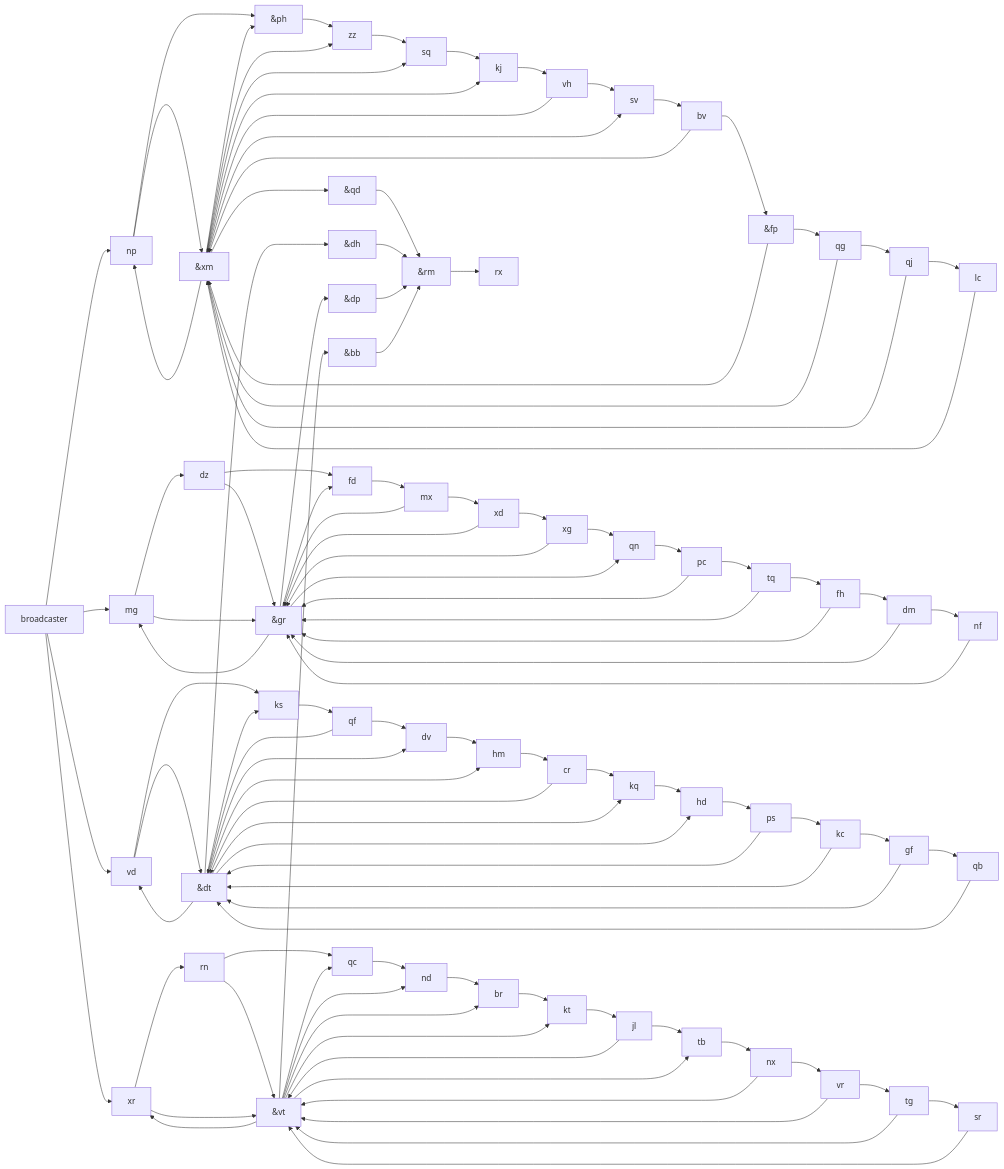
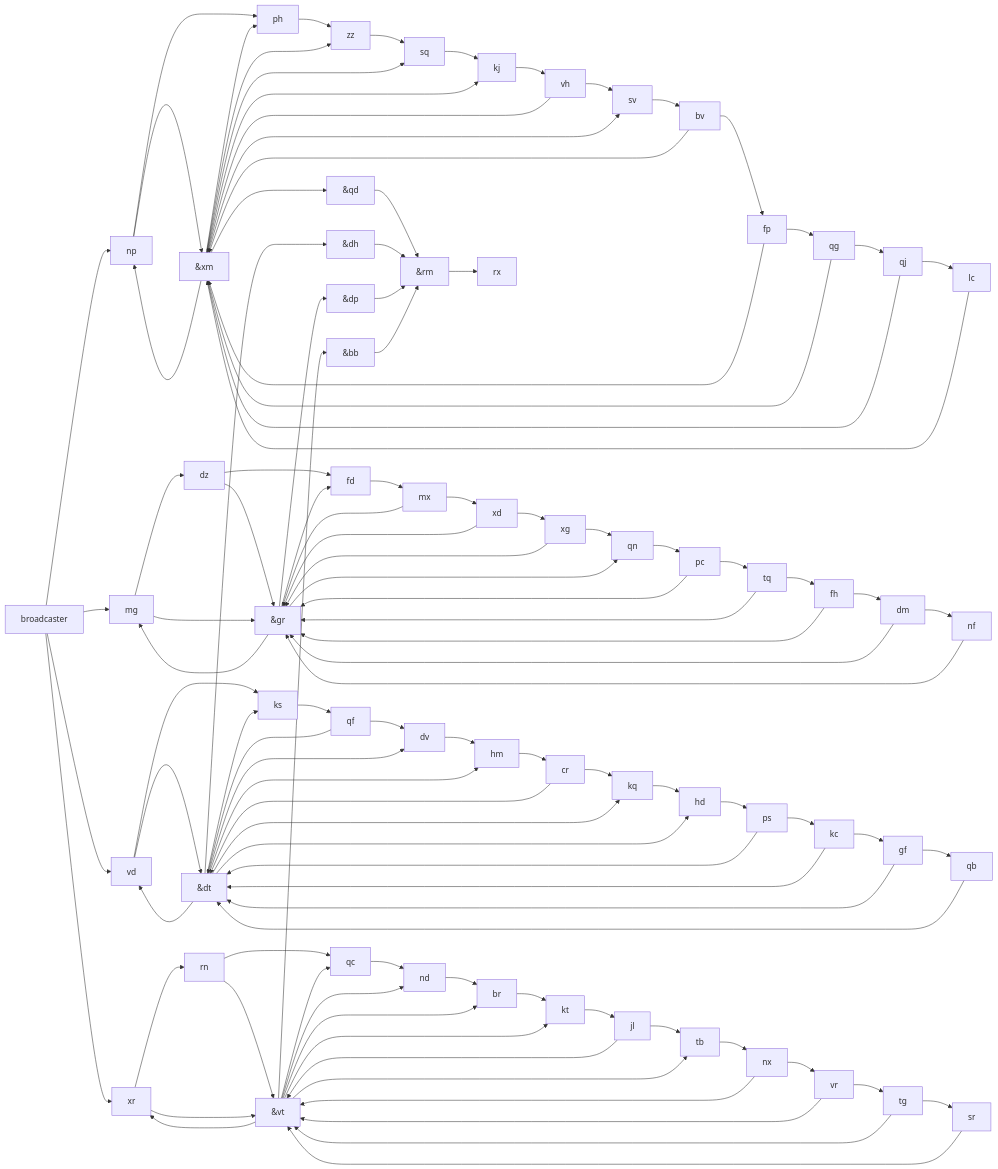
One commit to RabbitSeries/AdventofCode changed the diagram in 2023Java/Day20/mermaid.md. Above: the diagram before and after it, drawn with Mermaid. The commit also changed other lines of this file and 2 other files, not shown here.

````diff
--- a/2023Java/Day20/mermaid.md
+++ b/2023Java/Day20/mermaid.md
@@ -3,63 +3,63 @@
 ```mermaid
 flowchart LR
 broadcaster --> np & mg & vd & xr
 zz --> sq
 nd --> br
 sq --> kj
 br --> kt
 ks --> qf
 tb --> nx
 dv --> hm
 kj --> vh
 kq --> hd
 hd --> ps
 qn --> pc
 kt --> jl
 fd --> mx
 hm --> cr
 qc --> nd
 sv --> bv
-&ph --> zz
+ph --> zz
 lc --> &xm
 nf --> &gr
 qb --> &dt
 sr --> &vt
-np --> &xm & &ph
+np --> &xm & ph
 jl --> &vt & tb
 ps --> kc & &dt
 fh --> dm & &gr
-bv --> &fp & &xm
-&fp --> qg & &xm
+bv --> fp & &xm
+fp --> qg & &xm
 rn --> &vt & qc
 nx --> vr & &vt
 dm --> nf & &gr
 xr --> &vt & rn
 vr --> tg & &vt
 tq --> &gr & fh
 cr --> kq & &dt
 vd --> &dt & ks
 dz --> &gr & fd
 qj --> lc & &xm
 kc --> &dt & gf
 gf --> &dt & qb
 vh --> &xm & sv
 xd --> xg & &gr
 tg --> sr & &vt
 qg --> &xm & qj
 mx --> &gr & xd
 pc --> tq & &gr
 xg --> &gr & qn
 qf --> &dt & dv
 mg --> dz & &gr
 
 &qd --> &rm
 &dh --> &rm
 &dp --> &rm
 &bb --> &rm
 &rm --> rx
 
 &vt --> &bb & nd & qc & xr & br & tb & kt
 &gr --> &dp & mg & fd & qn
 &dt --> vd & dv & &dh & hm & ks & hd & kq
-&xm --> zz & sv & sq & &ph & kj & np & &qd
+&xm --> zz & sv & sq & ph & kj & np & &qd
 ```
````
